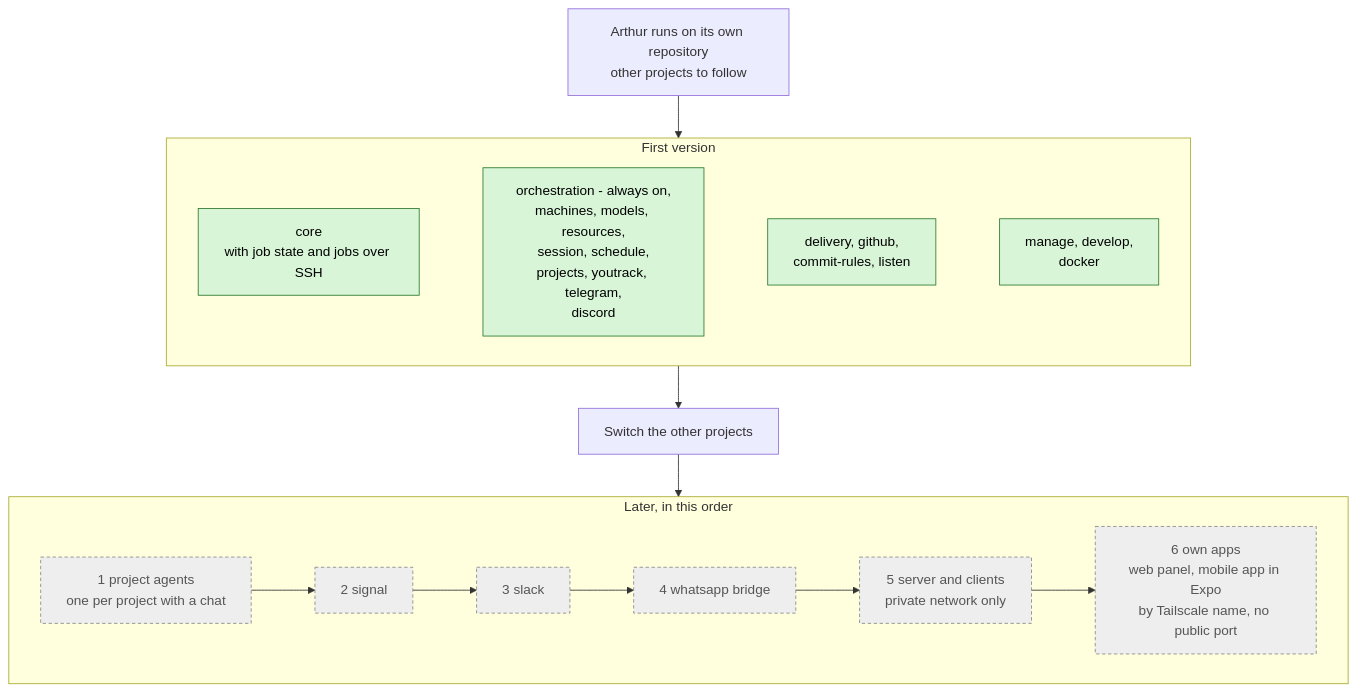
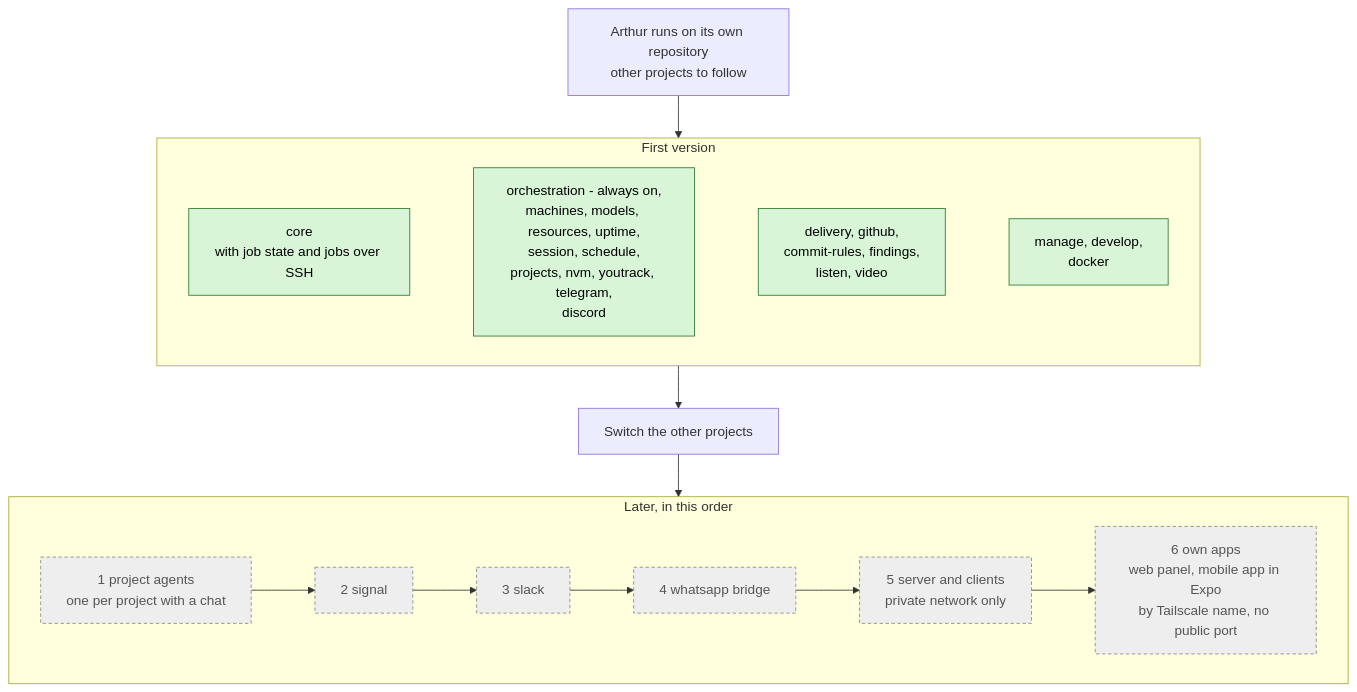
The diagram in docs/architecture/versions.mmd (kacperadler/arthur), drawn with Mermaid before and after one commit. The commit also changed 5 other files, not shown here.

```diff
--- a/docs/architecture/versions.mmd
+++ b/docs/architecture/versions.mmd
@@ -1,30 +1,30 @@
 %% From the switch (Arthur runs on its own repository since 2026-10-25) to the rest of Arthur's first version and after it. Green = first version, grey dashed = later.
 flowchart TD
   today[Arthur runs on its own repository<br/>other projects to follow]
 
   subgraph V1[First version]
     core[core<br/>with job state and jobs over SSH]
-    p1[orchestration - always on,<br/>machines, models, resources,<br/>session, schedule,<br/>projects, youtrack, telegram,<br/>discord]
-    p2[delivery, github,<br/>commit-rules, listen]
+    p1[orchestration - always on,<br/>machines, models, resources, uptime,<br/>session, schedule,<br/>projects, nvm, youtrack, telegram,<br/>discord]
+    p2[delivery, github,<br/>commit-rules, findings,<br/>listen, video]
     p3[manage, develop,<br/>docker]
     core ~~~ p1 ~~~ p2 ~~~ p3
   end
 
   switch2[Switch the other projects]
 
   subgraph V2[Later, in this order]
     agents[1 project agents<br/>one per project with a chat]
     signal[2 signal]
     slack[3 slack]
     whatsapp[4 whatsapp bridge]
     server[5 server and clients<br/>private network only]
     apps[6 own apps<br/>web panel, mobile app in Expo<br/>by Tailscale name, no public port]
     agents --> signal --> slack --> whatsapp --> server --> apps
   end
 
   today --> V1 --> switch2 --> V2
 
   classDef first fill:#d8f5d8,stroke:#2d7a2d,color:#000;
   classDef later fill:#eee,stroke:#888,stroke-dasharray:4 3,color:#555;
   class core,p1,p2,p3 first;
   class agents,signal,slack,whatsapp,server,apps later;
```
